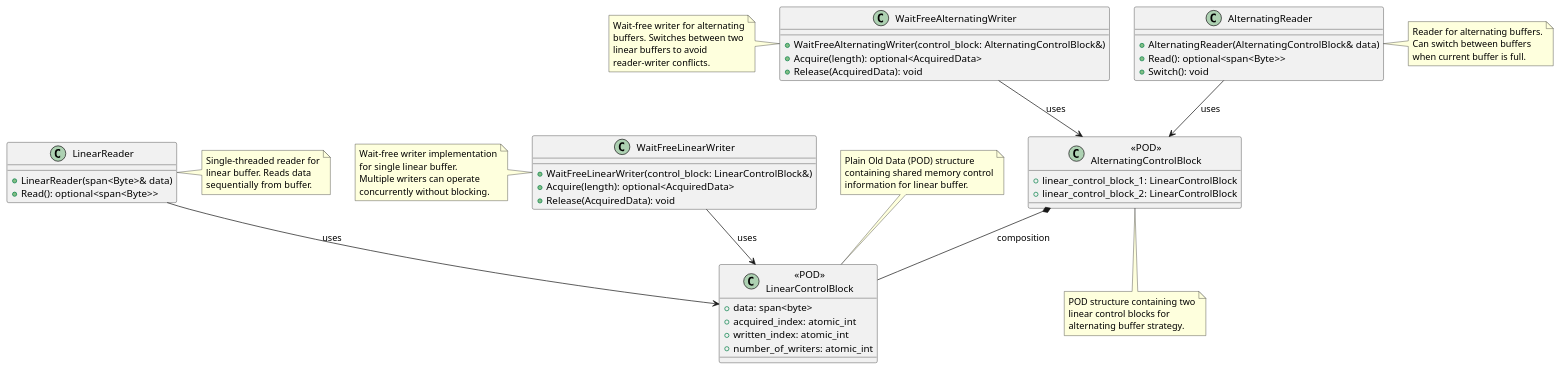
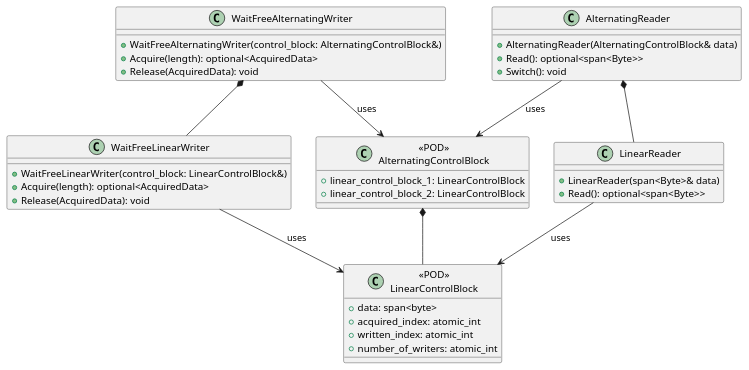
The diagram in detail/wait_free_producer_queue/design/class_diagram.puml (eclipse-score/inc_mw_log), drawn with PlantUML before and after one commit. The commit also changed 3 other files, not shown here.

Commit message:
More diagrams

```diff
--- a/detail/wait_free_producer_queue/design/class_diagram.puml
+++ b/detail/wait_free_producer_queue/design/class_diagram.puml
@@ -1,85 +1,48 @@
 @startuml class_diagram
 
 class "<<POD>>\nLinearControlBlock" as LinearControlBlock {
   + data: span<byte>
   + acquired_index: atomic_int
   + written_index: atomic_int
   + number_of_writers: atomic_int
 }
 
 class WaitFreeLinearWriter {
   + WaitFreeLinearWriter(control_block: LinearControlBlock&)
   + Acquire(length): optional<AcquiredData>
   + Release(AcquiredData): void
 }
 
 class LinearReader {
   + LinearReader(span<Byte>& data)
   + Read(): optional<span<Byte>>
 }
 
 class "<<POD>>\nAlternatingControlBlock" as AlternatingControlBlock {
   + linear_control_block_1: LinearControlBlock
   + linear_control_block_2: LinearControlBlock
 }
 
 class WaitFreeAlternatingWriter {
   + WaitFreeAlternatingWriter(control_block: AlternatingControlBlock&)
   + Acquire(length): optional<AcquiredData>
   + Release(AcquiredData): void
 }
 
 class AlternatingReader {
   + AlternatingReader(AlternatingControlBlock& data)
   + Read(): optional<span<Byte>>
   + Switch(): void
 }
 
-' Relationships
 WaitFreeLinearWriter --> LinearControlBlock : "uses"
 LinearReader --> LinearControlBlock : "uses"
 
-AlternatingControlBlock *-- LinearControlBlock : "composition"
+AlternatingControlBlock *-- LinearControlBlock
+WaitFreeAlternatingWriter *-- WaitFreeLinearWriter
+AlternatingReader *-- LinearReader
 
 WaitFreeAlternatingWriter --> AlternatingControlBlock : "uses"
 AlternatingReader --> AlternatingControlBlock : "uses"
 
-note top of LinearControlBlock
-  Plain Old Data (POD) structure
-  containing shared memory control
-  information for linear buffer.
-end note
-
-note bottom of AlternatingControlBlock
-  POD structure containing two
-  linear control blocks for
-  alternating buffer strategy.
-end note
-
-note left of WaitFreeLinearWriter
-  Wait-free writer implementation
-  for single linear buffer.
-  Multiple writers can operate
-  concurrently without blocking.
-end note
-
-note right of LinearReader
-  Single-threaded reader for
-  linear buffer. Reads data
-  sequentially from buffer.
-end note
-
-note left of WaitFreeAlternatingWriter
-  Wait-free writer for alternating
-  buffers. Switches between two
-  linear buffers to avoid
-  reader-writer conflicts.
-end note
-
-note right of AlternatingReader
-  Reader for alternating buffers.
-  Can switch between buffers
-  when current buffer is full.
-end note
-
 @enduml
```
